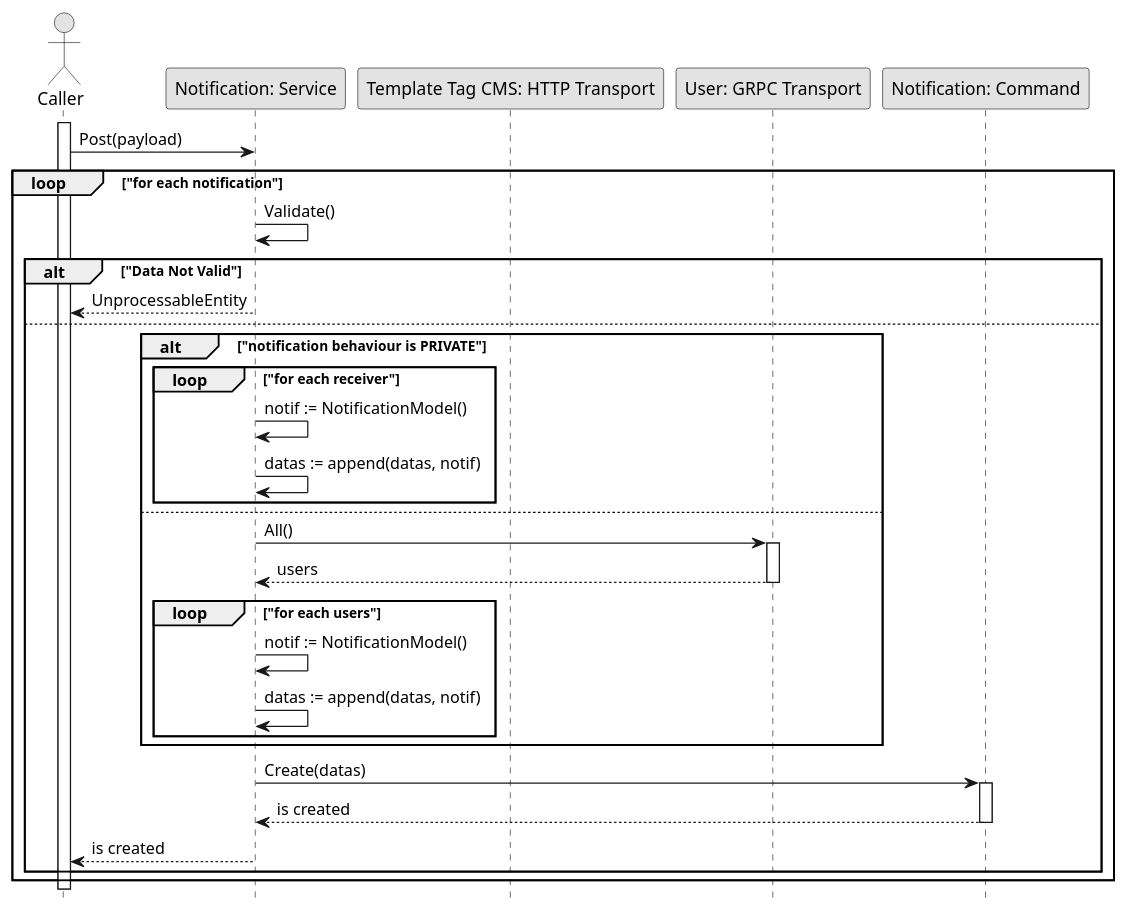
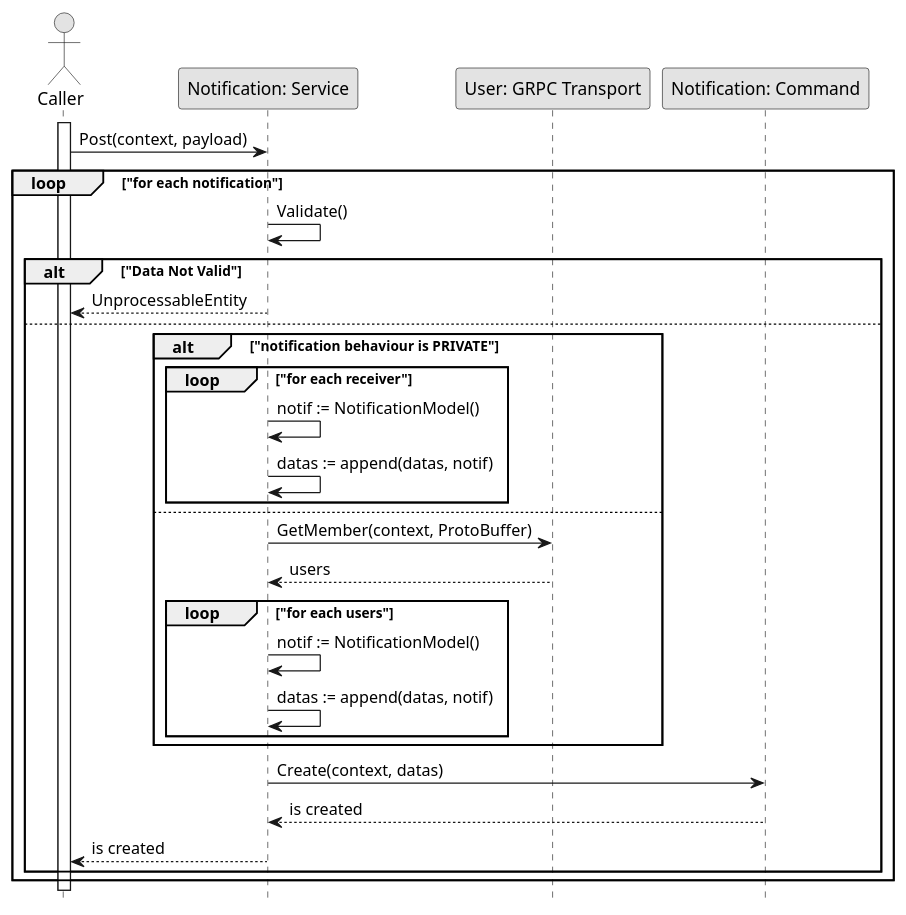
Before and after one commit to fwidjaya20/fazzlearning-uml: the diagram in Sequence/Release04/PostNotification.wsd, drawn with PlantUML. The commit also changed 32 other files, not shown here.

```diff
--- a/Sequence/Release04/PostNotification.wsd
+++ b/Sequence/Release04/PostNotification.wsd
@@ -1,51 +1,43 @@
 @startuml PostNotification
 
 skinparam Monochrome true
 skinparam Shadowing false
 hide footbox
 
 actor "Caller" as Caller
 participant "Notification: Service" as NotificationService
-participant "Template Tag CMS: HTTP Transport" as TTCMSHTTPTransport
 participant "User: GRPC Transport" as UserGRPCTransport
 participant "Notification: Command" as NotificationCommand
 
 activate Caller
 
-Caller->NotificationService: Post(payload)
+Caller->NotificationService: Post(context, payload)
 
 loop "for each notification"
     NotificationService->NotificationService: Validate()
 
     alt "Data Not Valid"
         NotificationService-->Caller: UnprocessableEntity
     else
         alt "notification behaviour is PRIVATE"
             loop "for each receiver"
                 NotificationService->NotificationService: notif := NotificationModel()
                 NotificationService->NotificationService: datas := append(datas, notif)
             end
         else
-            NotificationService->UserGRPCTransport: All()
-            activate UserGRPCTransport
+            NotificationService->UserGRPCTransport: GetMember(context, ProtoBuffer)
             UserGRPCTransport-->NotificationService: users
-            deactivate UserGRPCTransport
 
             loop "for each users"
                 NotificationService->NotificationService: notif := NotificationModel()
                 NotificationService->NotificationService: datas := append(datas, notif)
             end
         end
 
-        NotificationService->NotificationCommand: Create(datas)
-        activate NotificationCommand
+        NotificationService->NotificationCommand: Create(context, datas)
         NotificationCommand-->NotificationService: is created
-        deactivate NotificationCommand
         NotificationService-->Caller: is created
-        deactivate NotificationService
     end
 end
 
-deactivate Caller
-
 @enduml
```
